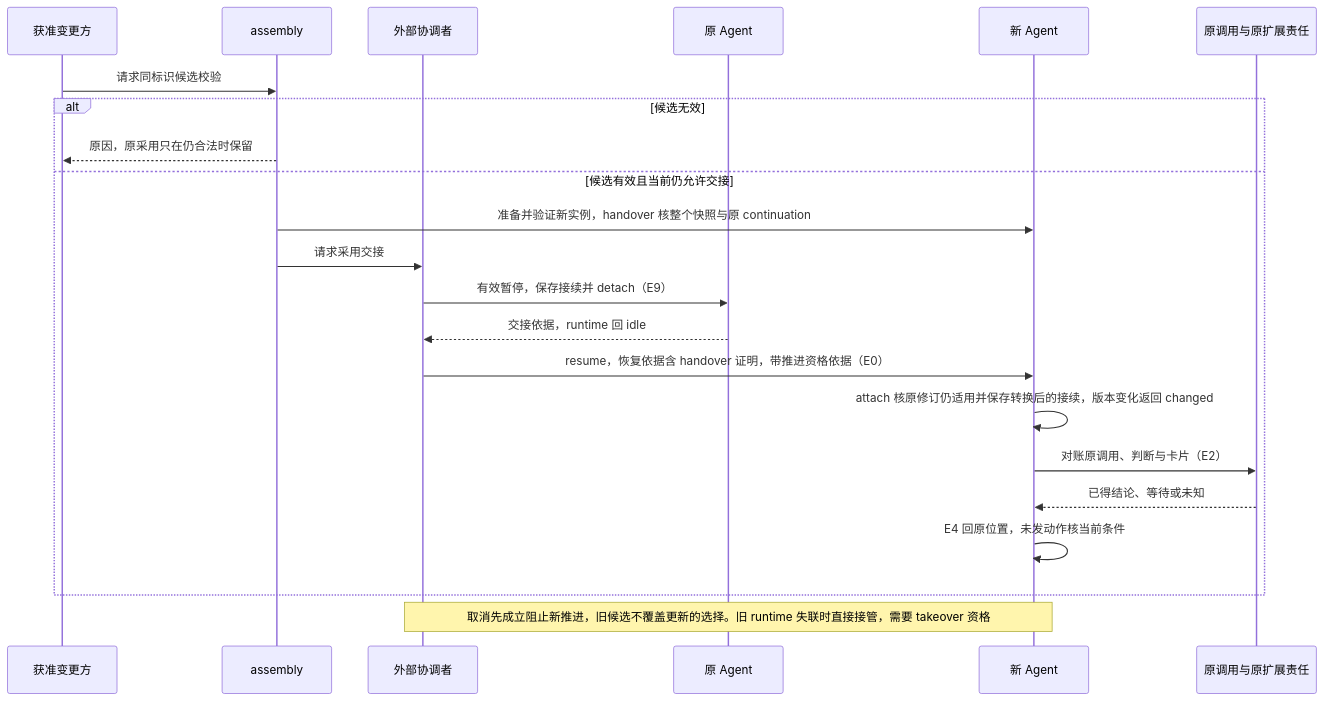
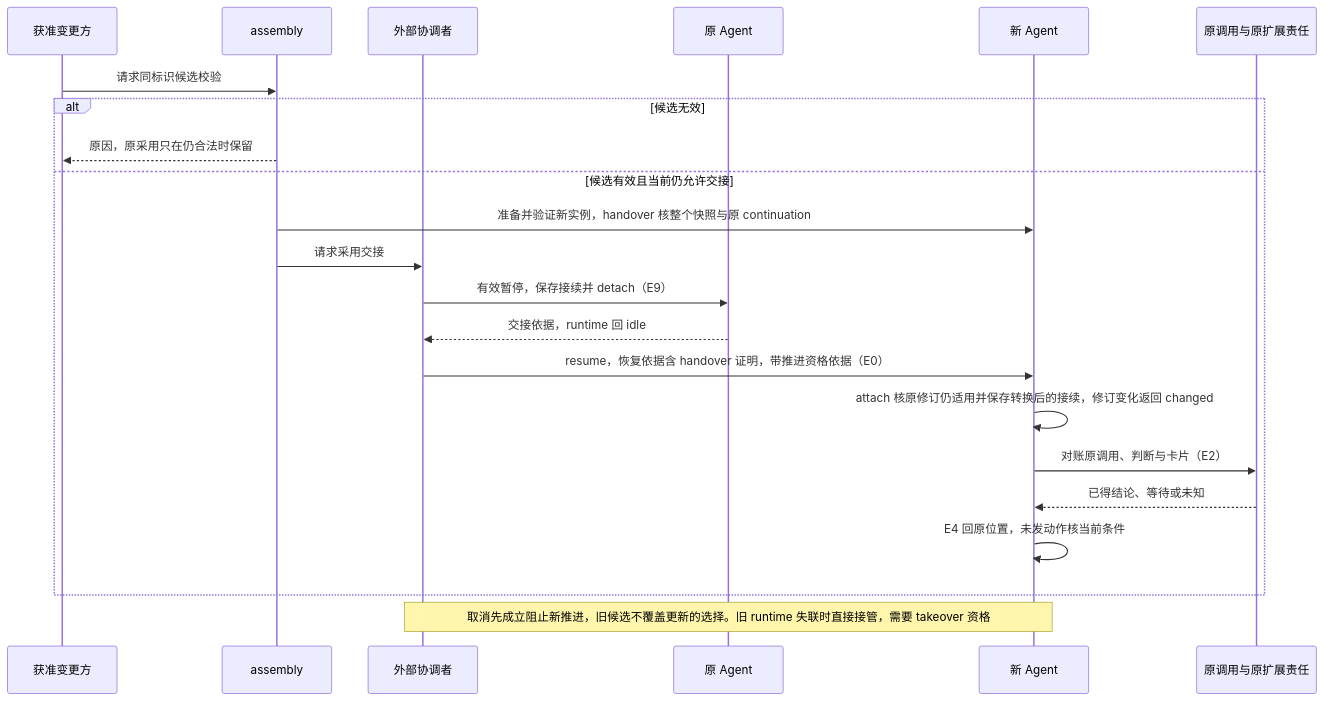
One commit to nemori-ai/omne-harness-lite changed the seventh of 8 diagrams in packages/agent/agent-contract/docs/flows/scenarios.md. Above: the diagram before and after it, drawn with Mermaid. The commit also changed other lines of this file and 31 other files, not shown here.

````diff
--- a/packages/agent/agent-contract/docs/flows/scenarios.md
+++ b/packages/agent/agent-contract/docs/flows/scenarios.md
@@ -266,24 +271,24 @@
 ```mermaid
 sequenceDiagram
     participant U as 获准变更方
     participant P as assembly
     participant S as 外部协调者
     participant O as 原 Agent
     participant N as 新 Agent
     participant X as 原调用与原扩展责任
     U->>P: 请求同标识候选校验
     alt 候选无效
         P-->>U: 原因，原采用只在仍合法时保留
     else 候选有效且当前仍允许交接
         P->>N: 准备并验证新实例，handover 核整个快照与原 continuation
         P->>S: 请求采用交接
         S->>O: 有效暂停，保存接续并 detach（E9）
         O-->>S: 交接依据，runtime 回 idle
         S->>N: resume，恢复依据含 handover 证明，带推进资格依据（E0）
-        N->>N: attach 核原修订仍适用并保存转换后的接续，版本变化返回 changed
+        N->>N: attach 核原修订仍适用并保存转换后的接续，修订变化返回 changed
         N->>X: 对账原调用、判断与卡片（E2）
         X-->>N: 已得结论、等待或未知
         N->>N: E4 回原位置，未发动作核当前条件
     end
     Note over S,N: 取消先成立阻止新推进，旧候选不覆盖更新的选择。旧 runtime 失联时直接接管，需要 takeover 资格
 ```
````
